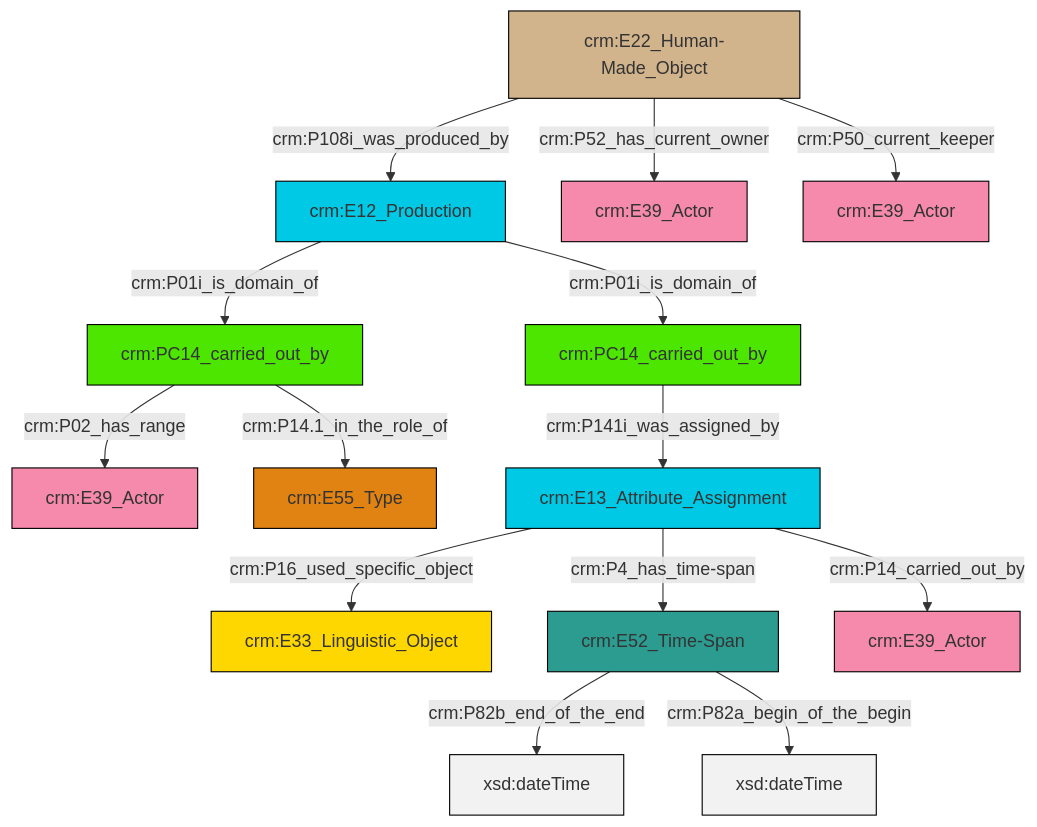
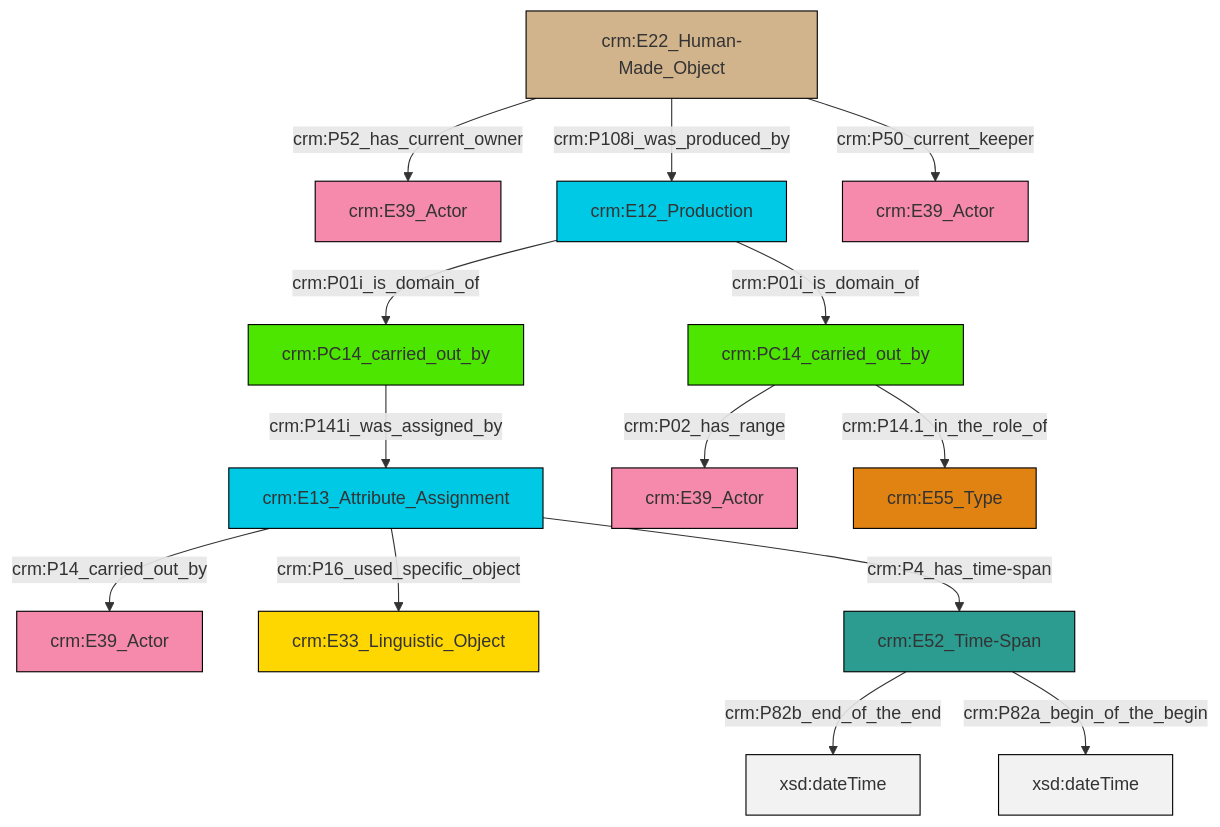
The diagram in et/carrierCSV/ttl/mmd/carrier_relations.ttl.mmd (swiss-art-research-net/docs.swissartresearch), drawn with Mermaid before and after one commit. The commit also changed 172 other files, not shown here.

```diff
--- a/et/carrierCSV/ttl/mmd/carrier_relations.ttl.mmd
+++ b/et/carrierCSV/ttl/mmd/carrier_relations.ttl.mmd
@@ -1,28 +1,28 @@
 graph TD
 classDef Literal fill:#f2f2f2,stroke:#000000;
 classDef CRM_Entity fill:#FFFFFF,stroke:#000000;
 classDef Temporal_Entity fill:#00C9E6, stroke:#000000;
 classDef Type fill:#E18312, stroke:#000000;
 classDef Time-Span fill:#2C9C91, stroke:#000000;
 classDef Appellation fill:#FFEB7F, stroke:#000000;
 classDef Place fill:#008836, stroke:#000000;
 classDef Persistent_Item fill:#B266B2, stroke:#000000;
 classDef Conceptual_Object fill:#FFD700, stroke:#000000;
 classDef Physical_Thing fill:#D2B48C, stroke:#000000;
 classDef Actor fill:#f58aad, stroke:#000000;
 classDef PC_Classes fill:#4ce600, stroke:#000000;
 classDef Multi fill:#cccccc,stroke:#000000;
 
-2["crm:E52_Time-Span"]:::Time-Span -->|crm:P82b_end_of_the_end| 3[xsd:dateTime]:::Literal
-6["crm:E12_Production"]:::Temporal_Entity -->|crm:P01i_is_domain_of| 7["crm:PC14_carried_out_by"]:::PC_Classes
-7["crm:PC14_carried_out_by"]:::PC_Classes -->|crm:P02_has_range| 11["crm:E39_Actor"]:::Actor
-2["crm:E52_Time-Span"]:::Time-Span -->|crm:P82a_begin_of_the_begin| 16[xsd:dateTime]:::Literal
-17["crm:E13_Attribute_Assignment"]:::Temporal_Entity -->|crm:P16_used_specific_object| 0["crm:E33_Linguistic_Object"]:::Conceptual_Object
-9["crm:E22_Human-Made_Object"]:::Physical_Thing -->|crm:P108i_was_produced_by| 6["crm:E12_Production"]:::Temporal_Entity
-17["crm:E13_Attribute_Assignment"]:::Temporal_Entity -->|crm:P4_has_time-span| 2["crm:E52_Time-Span"]:::Time-Span
-6["crm:E12_Production"]:::Temporal_Entity -->|crm:P01i_is_domain_of| 18["crm:PC14_carried_out_by"]:::PC_Classes
-9["crm:E22_Human-Made_Object"]:::Physical_Thing -->|crm:P52_has_current_owner| 12["crm:E39_Actor"]:::Actor
-17["crm:E13_Attribute_Assignment"]:::Temporal_Entity -->|crm:P14_carried_out_by| 4["crm:E39_Actor"]:::Actor
-18["crm:PC14_carried_out_by"]:::PC_Classes -->|crm:P141i_was_assigned_by| 17["crm:E13_Attribute_Assignment"]:::Temporal_Entity
-7["crm:PC14_carried_out_by"]:::PC_Classes -->|crm:P14.1_in_the_role_of| 21["crm:E55_Type"]:::Type
-9["crm:E22_Human-Made_Object"]:::Physical_Thing -->|crm:P50_current_keeper| 14["crm:E39_Actor"]:::Actor
+2["crm:E13_Attribute_Assignment"]:::Temporal_Entity -->|crm:P16_used_specific_object| 3["crm:E33_Linguistic_Object"]:::Conceptual_Object
+4["crm:PC14_carried_out_by"]:::PC_Classes -->|crm:P02_has_range| 10["crm:E39_Actor"]:::Actor
+16["crm:E12_Production"]:::Temporal_Entity -->|crm:P01i_is_domain_of| 6["crm:PC14_carried_out_by"]:::PC_Classes
+16["crm:E12_Production"]:::Temporal_Entity -->|crm:P01i_is_domain_of| 4["crm:PC14_carried_out_by"]:::PC_Classes
+2["crm:E13_Attribute_Assignment"]:::Temporal_Entity -->|crm:P14_carried_out_by| 0["crm:E39_Actor"]:::Actor
+14["crm:E52_Time-Span"]:::Time-Span -->|crm:P82b_end_of_the_end| 17[xsd:dateTime]:::Literal
+19["crm:E22_Human-Made_Object"]:::Physical_Thing -->|crm:P50_current_keeper| 20["crm:E39_Actor"]:::Actor
+19["crm:E22_Human-Made_Object"]:::Physical_Thing -->|crm:P52_has_current_owner| 8["crm:E39_Actor"]:::Actor
+14["crm:E52_Time-Span"]:::Time-Span -->|crm:P82a_begin_of_the_begin| 21[xsd:dateTime]:::Literal
+19["crm:E22_Human-Made_Object"]:::Physical_Thing -->|crm:P108i_was_produced_by| 16["crm:E12_Production"]:::Temporal_Entity
+2["crm:E13_Attribute_Assignment"]:::Temporal_Entity -->|crm:P4_has_time-span| 14["crm:E52_Time-Span"]:::Time-Span
+4["crm:PC14_carried_out_by"]:::PC_Classes -->|crm:P14.1_in_the_role_of| 12["crm:E55_Type"]:::Type
+6["crm:PC14_carried_out_by"]:::PC_Classes -->|crm:P141i_was_assigned_by| 2["crm:E13_Attribute_Assignment"]:::Temporal_Entity
```
